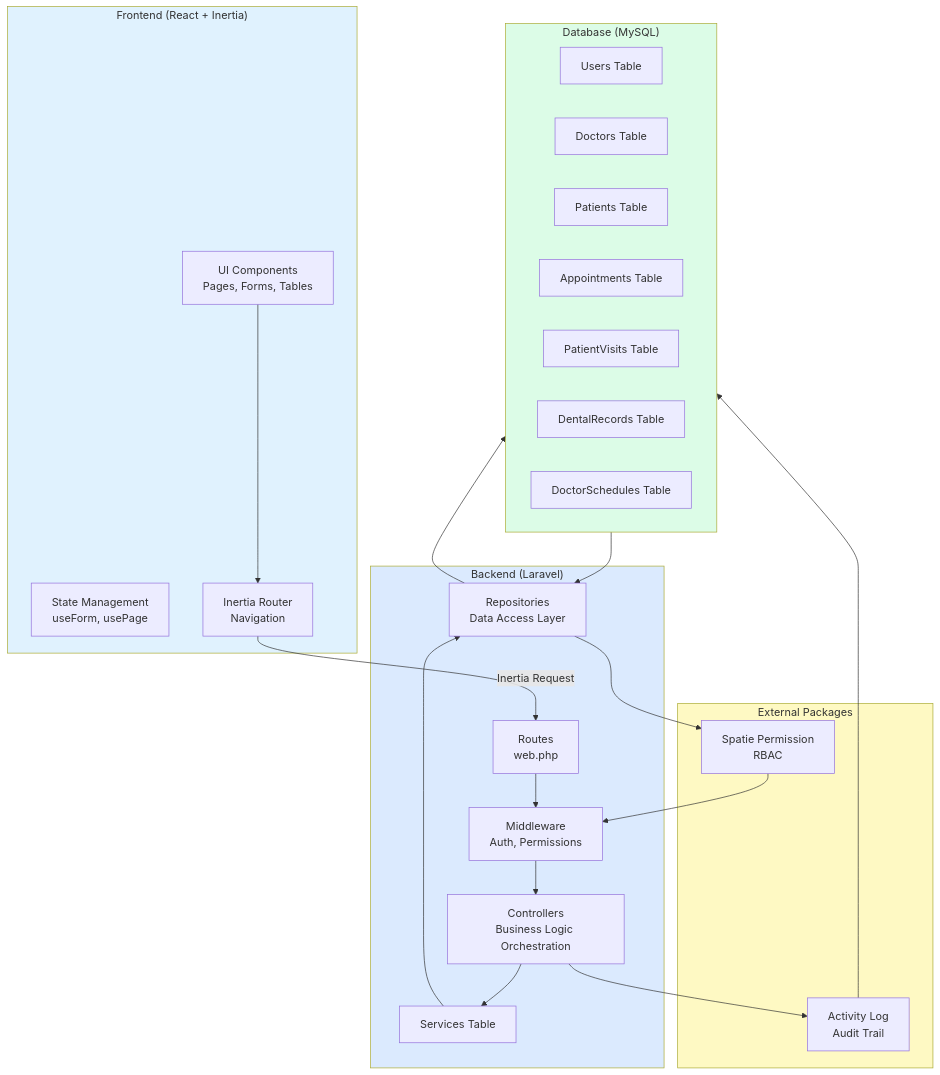
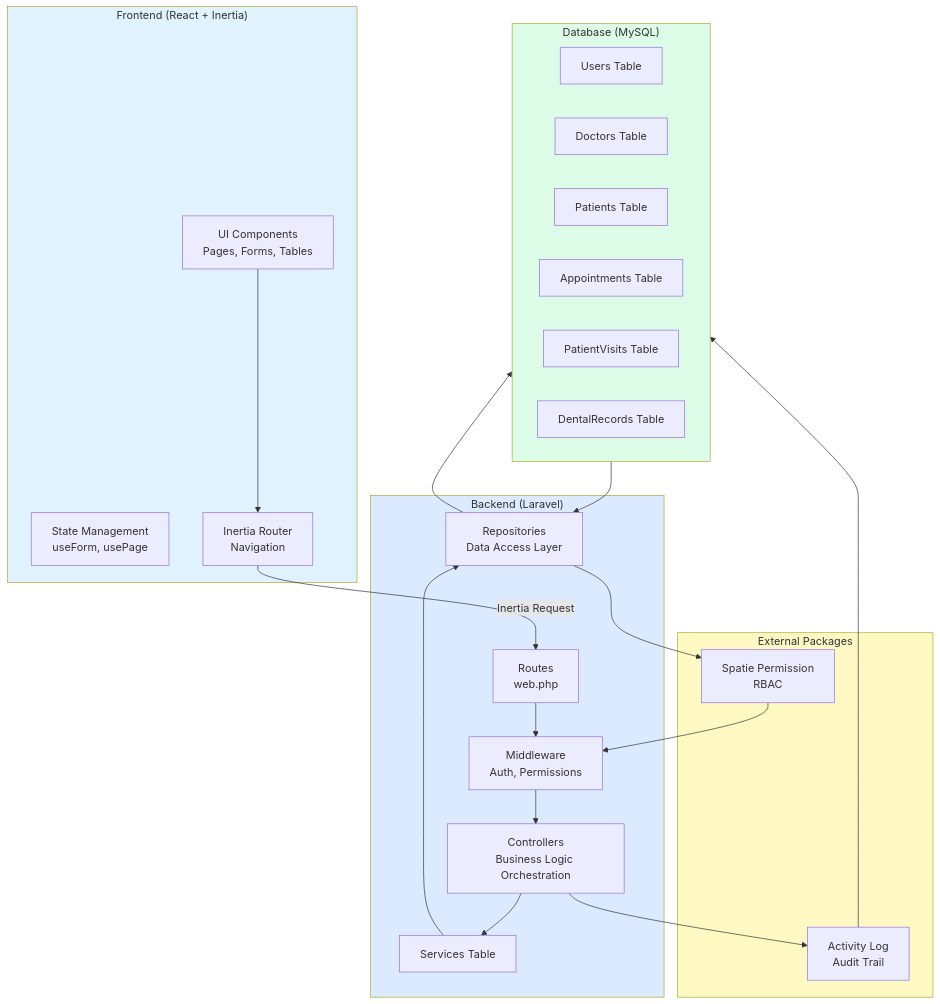
The seventh of 7 diagrams in .windsurf/plans/system-flow-chart.md (TjayAmit/clinic-management), drawn with Mermaid before and after one commit. The commit also changed other lines of this file and 31 other files, not shown here.

````diff
--- a/.windsurf/plans/system-flow-chart.md
+++ b/.windsurf/plans/system-flow-chart.md
@@ -533,50 +493,49 @@
 ```mermaid
 flowchart TB
     subgraph Frontend["Frontend (React + Inertia)"]
         UI[UI Components<br/>Pages, Forms, Tables]
         State[State Management<br/>useForm, usePage]
         Router[Inertia Router<br/>Navigation]
     end
     
     subgraph Backend["Backend (Laravel)"]
         Routes[Routes<br/>web.php]
         Middleware[Middleware<br/>Auth, Permissions]
         Controllers[Controllers<br/>Business Logic Orchestration]
         Services[Services<br/>Business Logic Layer]
         Repositories[Repositories<br/>Data Access Layer]
     end
     
     subgraph Database["Database (MySQL)"]
         Users[Users Table]
         Doctors[Doctors Table]
         Patients[Patients Table]
         Services[Services Table]
         Appointments[Appointments Table]
         PatientVisits[PatientVisits Table]
         DentalRecords[DentalRecords Table]
-        DoctorSchedules[DoctorSchedules Table]
     end
     
     subgraph External["External Packages"]
         Spatie[Spatie Permission<br/>RBAC]
         ActivityLog[Activity Log<br/>Audit Trail]
     end
     
     UI --> Router
     Router -->|Inertia Request| Routes
     Routes --> Middleware
     Middleware --> Controllers
     Controllers --> Services
     Services --> Repositories
     Repositories --> Database
     Repositories --> Spatie
     Controllers --> ActivityLog
     Database --> Repositories
     Spatie --> Middleware
     ActivityLog --> Database
     
     style Frontend fill:#e0f2fe
     style Backend fill:#dbeafe
     style Database fill:#dcfce7
     style External fill:#fef9c3
 ```
````
